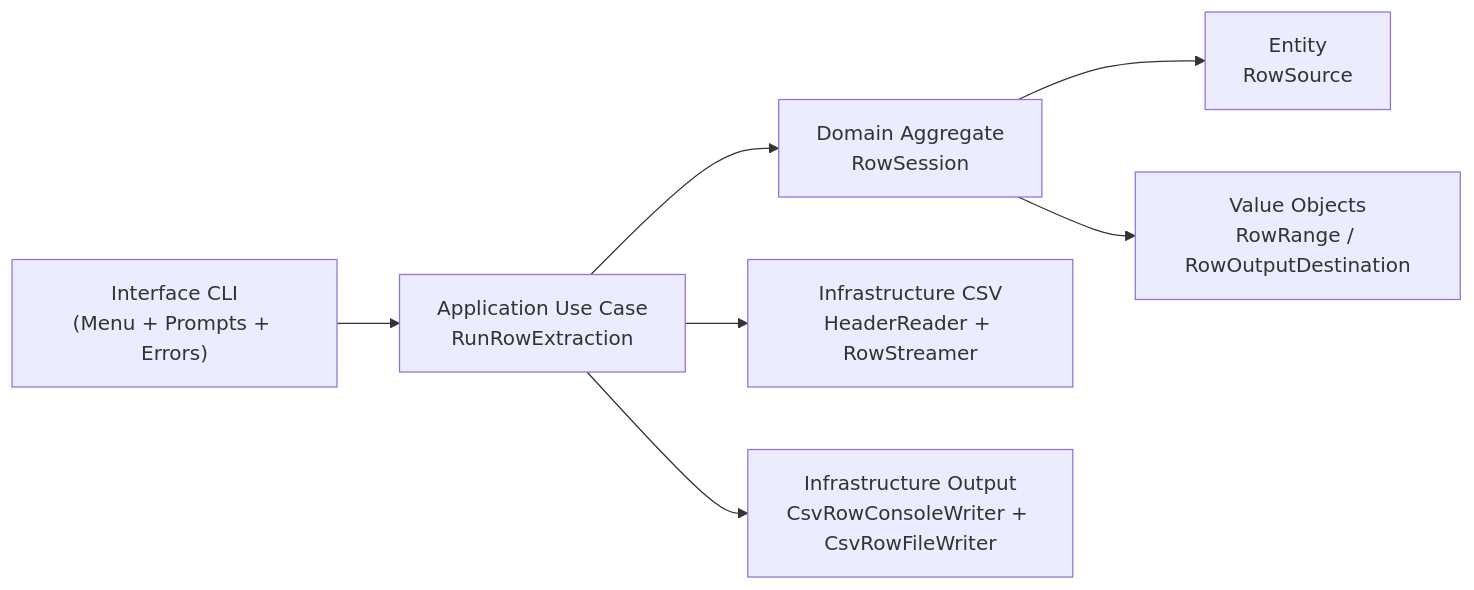
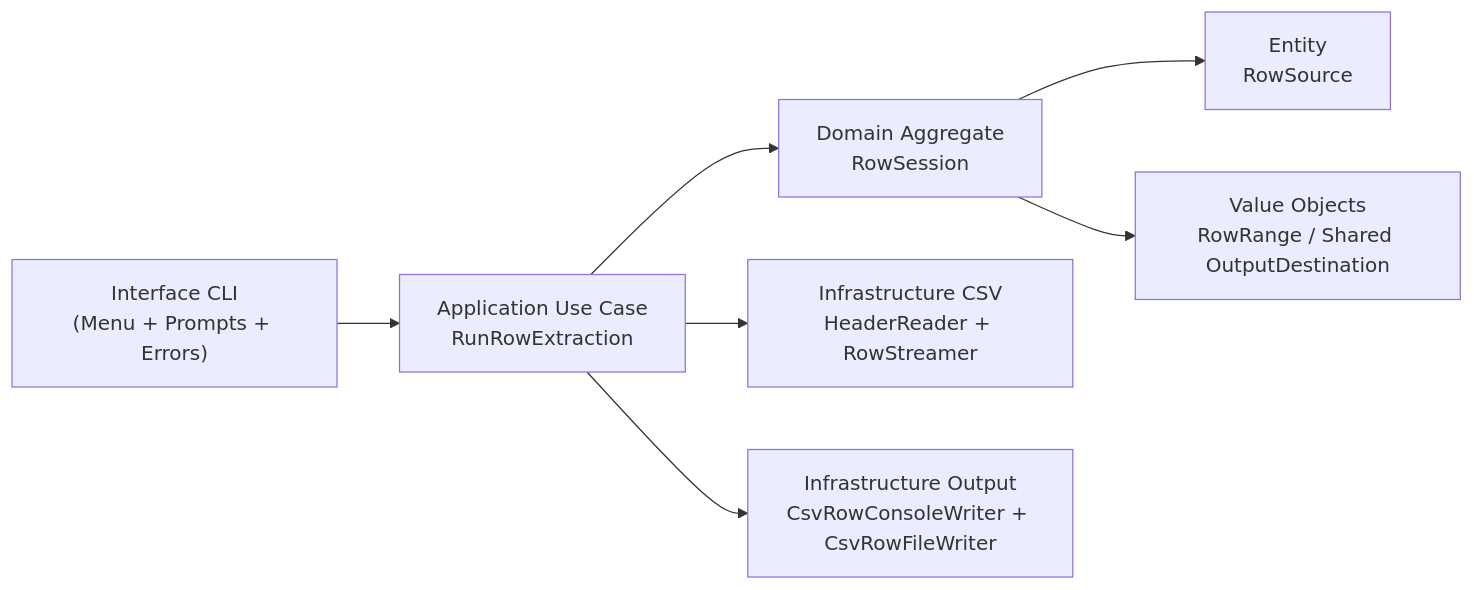
Before and after one commit to RobertAndrewHall/csvops: the second of 4 diagrams in README.md, drawn with Mermaid. The commit also changed other lines of this file, not shown here.

Commit message:
Align README architecture with dedupe domain model

````diff
--- a/README.md
+++ b/README.md
@@ -229,11 +229,11 @@
 ```mermaid
 flowchart LR
   UI2["Interface CLI\n(Menu + Prompts + Errors)"] --> APP2["Application Use Case\nRunRowExtraction"]
   APP2 --> AGG2["Domain Aggregate\nRowSession"]
 
   AGG2 --> E3["Entity\nRowSource"]
-  AGG2 --> V2["Value Objects\nRowRange / RowOutputDestination"]
+  AGG2 --> V2["Value Objects\nRowRange / Shared OutputDestination"]
 
   APP2 --> INFCSV2["Infrastructure CSV\nHeaderReader + RowStreamer"]
   APP2 --> INFOUT2["Infrastructure Output\nCsvRowConsoleWriter + CsvRowFileWriter"]
 ```
````
